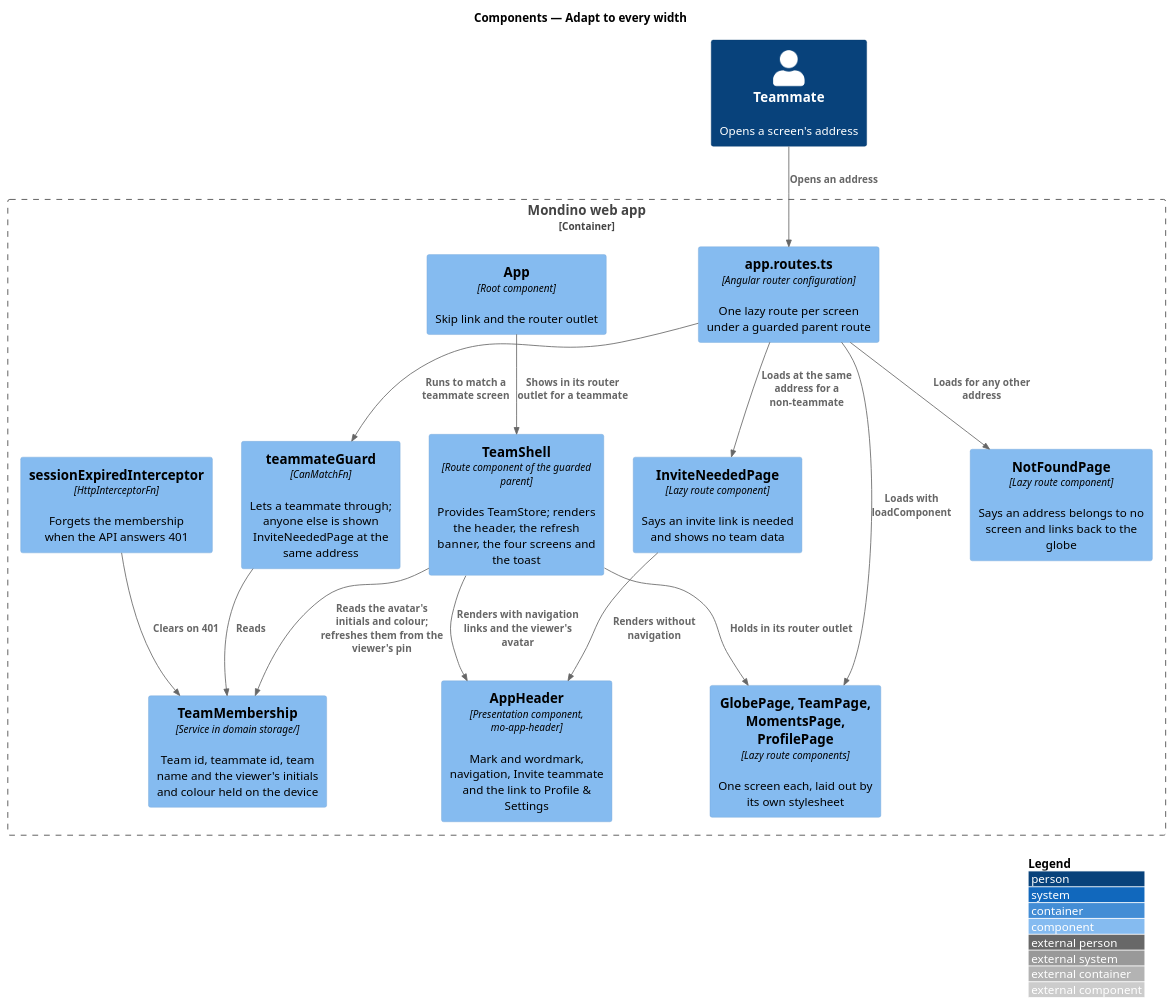
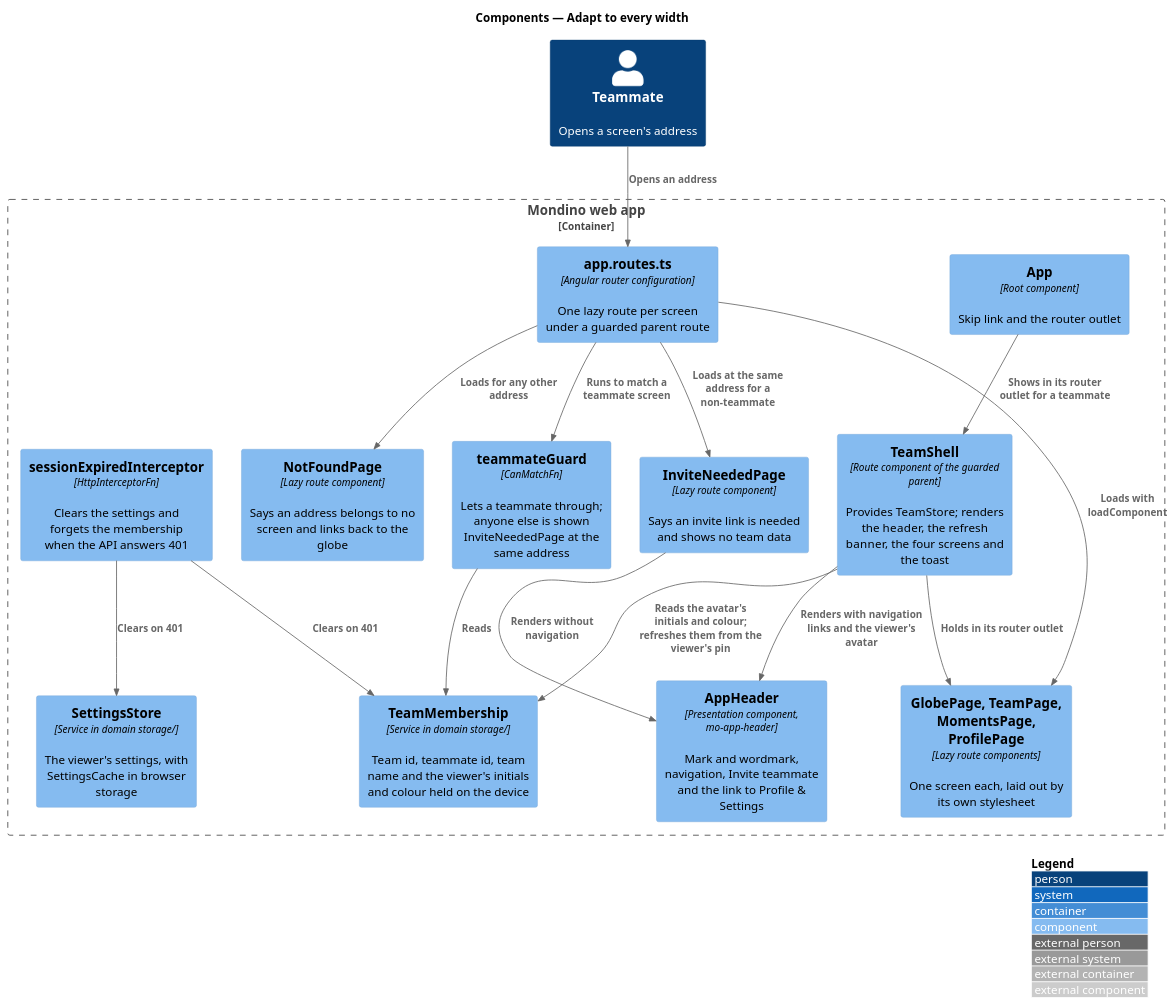
Before and after one commit to QuinntyneBrown/Mondino: the diagram in docs/detailed-designs/platform/adapt-to-every-width/diagrams/c4-component.puml, drawn with PlantUML. The commit also changed 10 other files, not shown here.

```diff
--- a/docs/detailed-designs/platform/adapt-to-every-width/diagrams/c4-component.puml
+++ b/docs/detailed-designs/platform/adapt-to-every-width/diagrams/c4-component.puml
@@ -1,31 +1,33 @@
 @startuml
 !include <C4/C4_Component>
 LAYOUT_WITH_LEGEND()
 title Components — Adapt to every width
 
 Person(teammate, "Teammate", "Opens a screen's address")
 Container_Boundary(spa, "Mondino web app") {
   Component(routes, "app.routes.ts", "Angular router configuration", "One lazy route per screen under a guarded parent route")
   Component(guard, "teammateGuard", "CanMatchFn", "Lets a teammate through; anyone else is shown InviteNeededPage at the same address")
   Component(membership, "TeamMembership", "Service in domain storage/", "Team id, teammate id, team name and the viewer's initials and colour held on the device")
   Component(app, "App", "Root component", "Skip link and the router outlet")
   Component(shell, "TeamShell", "Route component of the guarded parent", "Provides TeamStore; renders the header, the refresh banner, the four screens and the toast")
   Component(header, "AppHeader", "Presentation component, mo-app-header", "Mark and wordmark, navigation, Invite teammate and the link to Profile & Settings")
   Component(pages, "GlobePage, TeamPage, MomentsPage, ProfilePage", "Lazy route components", "One screen each, laid out by its own stylesheet")
   Component(needed, "InviteNeededPage", "Lazy route component", "Says an invite link is needed and shows no team data")
   Component(notfound, "NotFoundPage", "Lazy route component", "Says an address belongs to no screen and links back to the globe")
-  Component(expired, "sessionExpiredInterceptor", "HttpInterceptorFn", "Forgets the membership when the API answers 401")
+  Component(settings, "SettingsStore", "Service in domain storage/", "The viewer's settings, with SettingsCache in browser storage")
+  Component(expired, "sessionExpiredInterceptor", "HttpInterceptorFn", "Clears the settings and forgets the membership when the API answers 401")
 }
 Rel(teammate, routes, "Opens an address")
 Rel(routes, guard, "Runs to match a teammate screen")
 Rel(guard, membership, "Reads")
 Rel(routes, needed, "Loads at the same address for a non-teammate")
 Rel(routes, notfound, "Loads for any other address")
 Rel(routes, pages, "Loads with loadComponent")
 Rel(app, shell, "Shows in its router outlet for a teammate")
 Rel(shell, header, "Renders with navigation links and the viewer's avatar")
 Rel(shell, pages, "Holds in its router outlet")
 Rel(needed, header, "Renders without navigation")
 Rel(expired, membership, "Clears on 401")
+Rel(expired, settings, "Clears on 401")
 Rel(shell, membership, "Reads the avatar's initials and colour; refreshes them from the viewer's pin")
 @enduml
```
